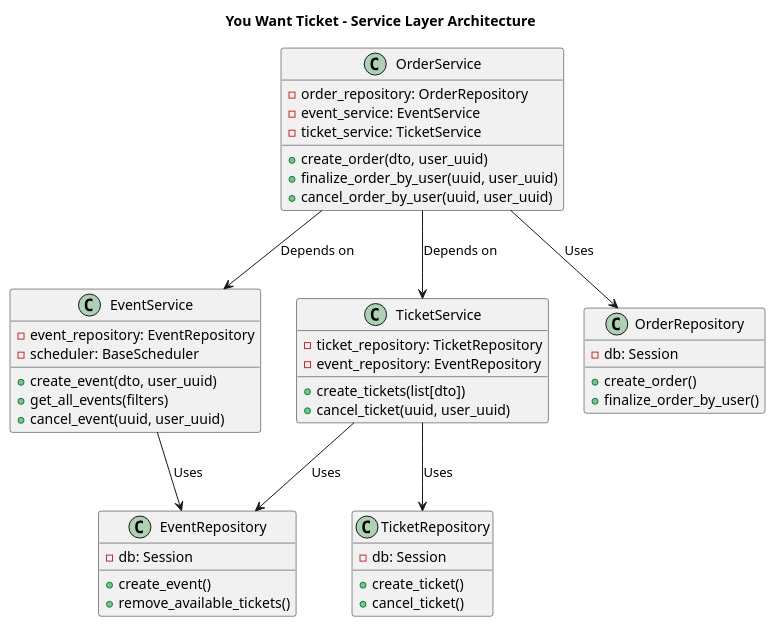
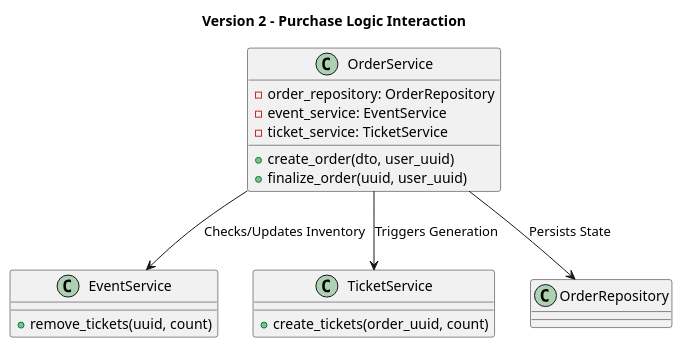
One commit to NikosKoutsoukosPrelorentzos/you-want-ticket changed the fourth of 5 diagrams in diagrams/CLASS_DIAGRAMS.md. Above: the diagram before and after it, drawn with PlantUML. The commit also changed other lines of this file and 17 other files, not shown here.

First line of the commit message:
Refactor diagrams and update documentation for Sprint 2

````diff
--- a/diagrams/CLASS_DIAGRAMS.md
+++ b/diagrams/CLASS_DIAGRAMS.md
@@ -108,55 +117,25 @@
 ```plantuml
 @startuml
-title You Want Ticket - Service Layer Architecture
+title Version 2 - Purchase Logic Interaction
 
 class OrderService {
     -order_repository: OrderRepository
     -event_service: EventService
     -ticket_service: TicketService
     +create_order(dto, user_uuid)
-    +finalize_order_by_user(uuid, user_uuid)
-    +cancel_order_by_user(uuid, user_uuid)
+    +finalize_order(uuid, user_uuid)
 }
 
 class EventService {
-    -event_repository: EventRepository
-    -scheduler: BaseScheduler
-    +create_event(dto, user_uuid)
-    +get_all_events(filters)
-    +cancel_event(uuid, user_uuid)
+    +remove_tickets(uuid, count)
 }
 
 class TicketService {
-    -ticket_repository: TicketRepository
-    -event_repository: EventRepository
-    +create_tickets(list[dto])
-    +cancel_ticket(uuid, user_uuid)
+    +create_tickets(order_uuid, count)
 }
 
-class OrderRepository {
-    -db: Session
-    +create_order()
-    +finalize_order_by_user()
-}
-
-class EventRepository {
-    -db: Session
-    +create_event()
-    +remove_available_tickets()
-}
-
-class TicketRepository {
-    -db: Session
-    +create_ticket()
-    +cancel_ticket()
-}
-
-OrderService --> EventService : "Depends on"
-OrderService --> TicketService : "Depends on"
-OrderService --> OrderRepository : "Uses"
-EventService --> EventRepository : "Uses"
-TicketService --> TicketRepository : "Uses"
-TicketService --> EventRepository : "Uses"
-
+OrderService --> EventService : "Checks/Updates Inventory"
+OrderService --> TicketService : "Triggers Generation"
+OrderService --> OrderRepository : "Persists State"
 @enduml
 ```
````
